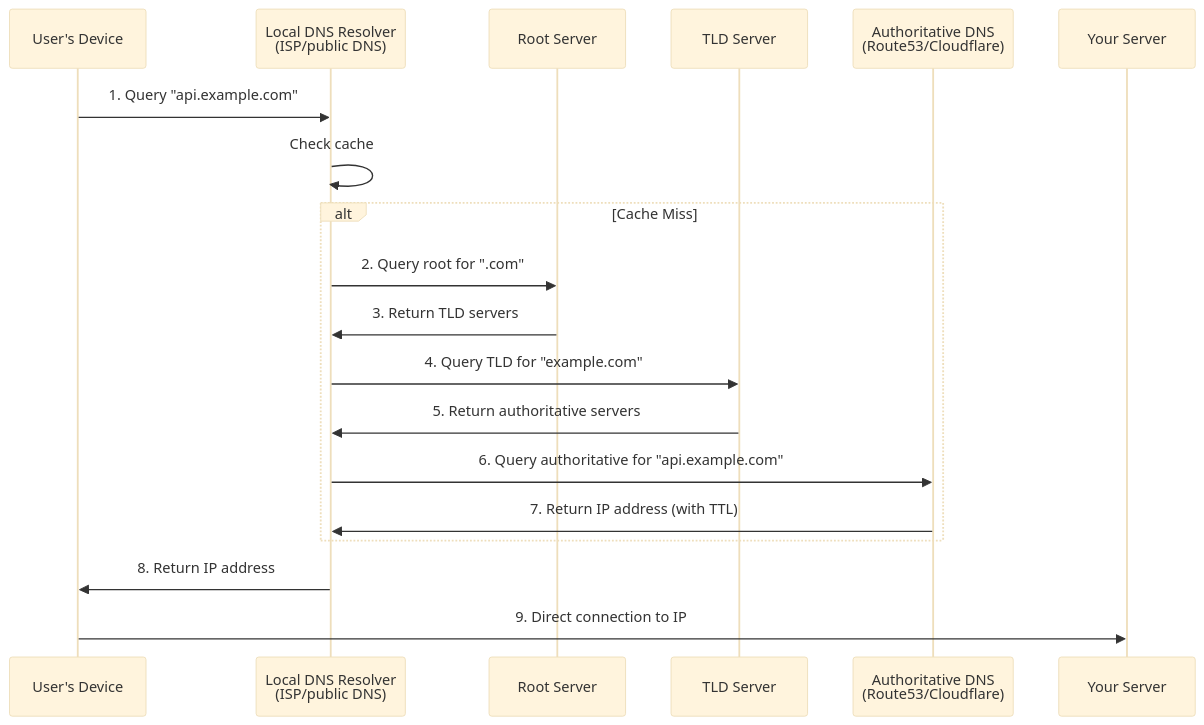
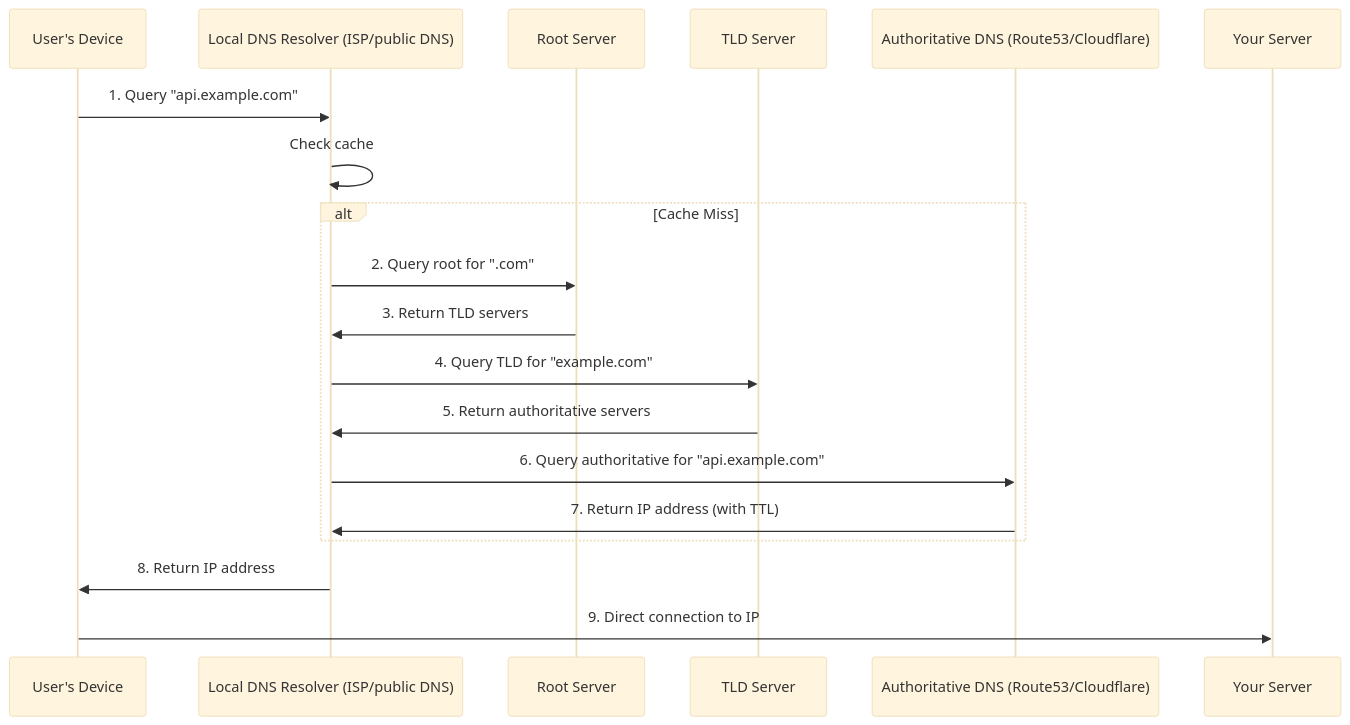
Before and after one commit to YiWang24/AiDIY: the first of 3 diagrams in docs/cs/system-design/entry-layer.mdx, drawn with Mermaid (base theme). The commit also changed other lines of this file and 65 other files, not shown here.

First line of the commit message:
feat(docs): comprehensive algorithms documentation and Mermaid fixes

````diff
--- a/docs/cs/system-design/entry-layer.mdx
+++ b/docs/cs/system-design/entry-layer.mdx
@@ -60,22 +60,22 @@
 ```mermaid
 sequenceDiagram
     participant User as User's Device
-    participant Resolver as Local DNS Resolver<br/>(ISP/public DNS)
+    participant Resolver as Local DNS Resolver (ISP/public DNS)
     participant Root as Root Server
     participant TLD as TLD Server
-    participant Auth as Authoritative DNS<br/>(Route53/Cloudflare)
+    participant Auth as Authoritative DNS (Route53/Cloudflare)
     participant Server as Your Server
 
     User->>Resolver: 1. Query "api.example.com"
     Resolver->>Resolver: Check cache
     alt Cache Miss
         Resolver->>Root: 2. Query root for ".com"
         Root->>Resolver: 3. Return TLD servers
         Resolver->>TLD: 4. Query TLD for "example.com"
         TLD->>Resolver: 5. Return authoritative servers
         Resolver->>Auth: 6. Query authoritative for "api.example.com"
         Auth->>Resolver: 7. Return IP address (with TTL)
     end
     Resolver->>User: 8. Return IP address
     User->>Server: 9. Direct connection to IP
 ```
````
